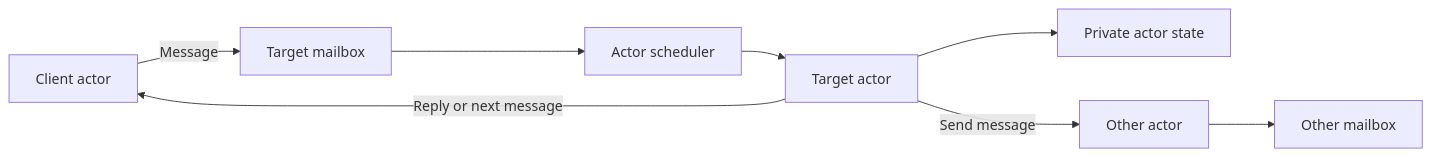
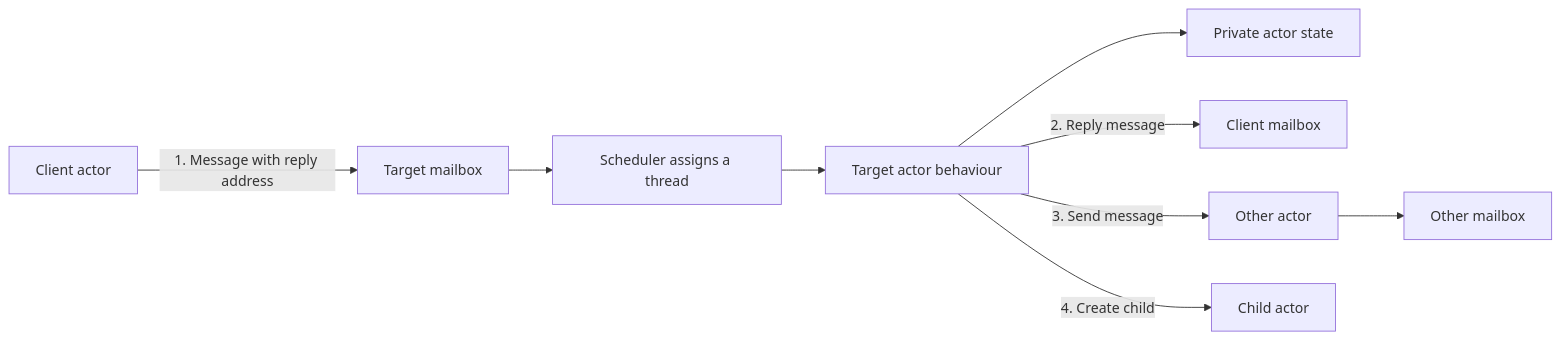
Before and after one commit to joydasss/Architect: the first of 13 diagrams in 20_Architecture_Patterns/CH12_Actor_Model.md, drawn with Mermaid. The commit also changed other lines of this file and 295 other files, not shown here.

````diff
--- a/20_Architecture_Patterns/CH12_Actor_Model.md
+++ b/20_Architecture_Patterns/CH12_Actor_Model.md
@@ -11,10 +53,11 @@
 ```mermaid
 flowchart LR
-    Client[Client actor] -->|Message| Mailbox[Target mailbox]
-    Mailbox --> Scheduler[Actor scheduler]
-    Scheduler --> Target[Target actor]
-    Target --> State[Private actor state]
-    Target -->|Reply or next message| Client
-    Target -->|Send message| Other[Other actor]
-    Other --> OtherBox[Other mailbox]
+    Client["Client actor"] -->|"1. Message with reply address"| Mailbox["Target mailbox"]
+    Mailbox --> Scheduler["Scheduler assigns a thread"]
+    Scheduler --> Target["Target actor behaviour"]
+    Target --> State["Private actor state"]
+    Target -->|"2. Reply message"| ClientBox["Client mailbox"]
+    Target -->|"3. Send message"| Other["Other actor"]
+    Other --> OtherBox["Other mailbox"]
+    Target -->|"4. Create child"| Child["Child actor"]
 ```
````
